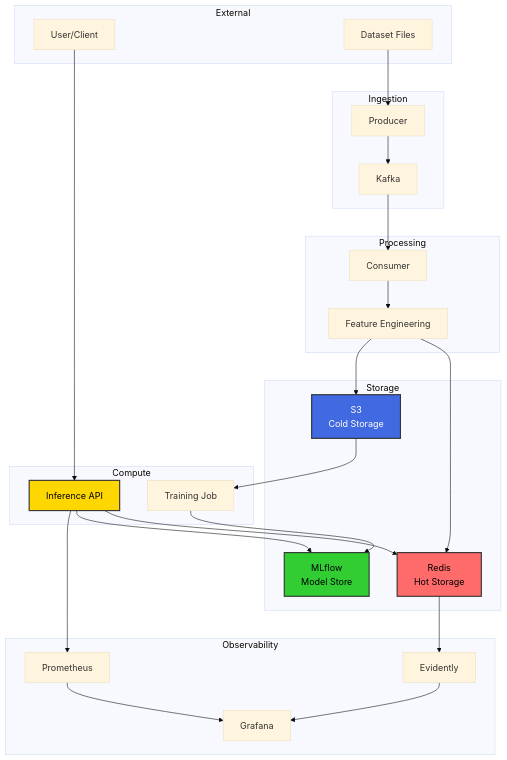
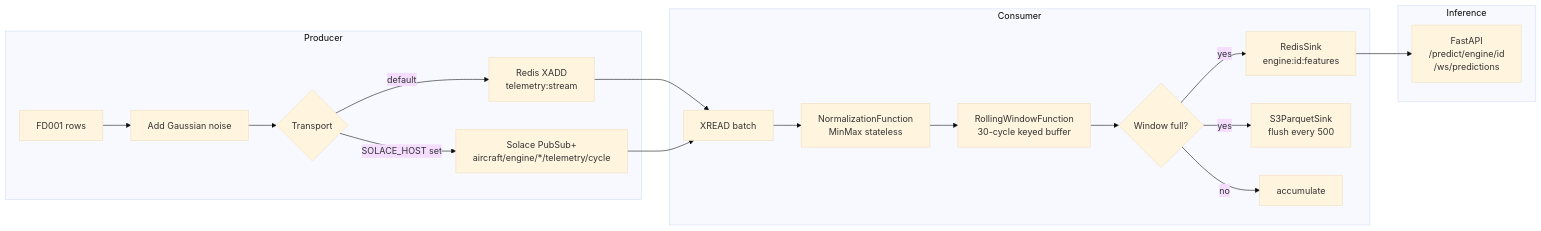
One commit to nasim-raj-laskar/Real-Time-Aircraft-Engine-Predictive-Maintenance-System changed the third of 7 diagrams in docs/09_architecture.md. Above: the diagram before and after it, drawn with Mermaid (base theme). The commit also changed other lines of this file and 5 other files, not shown here.

````diff
--- a/docs/09_architecture.md
+++ b/docs/09_architecture.md
@@ -103,56 +94,24 @@
 ```mermaid
-graph TB
-    subgraph External
-        U[User/Client]
-        D[Dataset Files]
+flowchart LR
+    subgraph Producer
+        A[FD001 rows] --> B[Add Gaussian noise]
+        B --> C{Transport}
+        C -->|default| D[Redis XADD\ntelemetry:stream]
+        C -->|SOLACE_HOST set| E[Solace PubSub+\naircraft/engine/*/telemetry/cycle]
     end
-    
-    subgraph Ingestion
-        P[Producer]
-        K[Kafka]
+
+    subgraph Consumer
+        D --> F[XREAD batch]
+        E --> F
+        F --> G[NormalizationFunction\nMinMax stateless]
+        G --> H[RollingWindowFunction\n30-cycle keyed buffer]
+        H --> I{Window full?}
+        I -->|yes| J[RedisSink\nengine:id:features]
+        I -->|yes| K[S3ParquetSink\nflush every 500]
+        I -->|no| L[accumulate]
     end
-    
-    subgraph Processing
-        C[Consumer]
-        FE[Feature Engineering]
+
+    subgraph Inference
+        J --> M[FastAPI\n/predict/engine/id\n/ws/predictions]
     end
-    
-    subgraph Storage
-        R[Redis<br/>Hot Storage]
-        S[S3<br/>Cold Storage]
-        ML[MLflow<br/>Model Store]
-    end
-    
-    subgraph Compute
-        T[Training Job]
-        I[Inference API]
-    end
-    
-    subgraph Observability
-        PR[Prometheus]
-        G[Grafana]
-        E[Evidently]
-    end
-    
-    D --> P
-    P --> K
-    K --> C
-    C --> FE
-    FE --> R
-    FE --> S
-    S --> T
-    T --> ML
-    
-    U --> I
-    I --> R
-    I --> ML
-    I --> PR
-    PR --> G
-    R --> E
-    E --> G
-    
-    style R fill:#FF6B6B,stroke:#333,stroke-width:2px,color:#000
-    style S fill:#4169E1,stroke:#333,stroke-width:2px,color:#fff
-    style ML fill:#32CD32,stroke:#333,stroke-width:2px,color:#000
-    style I fill:#FFD700,stroke:#333,stroke-width:2px,color:#000
 ```
````
